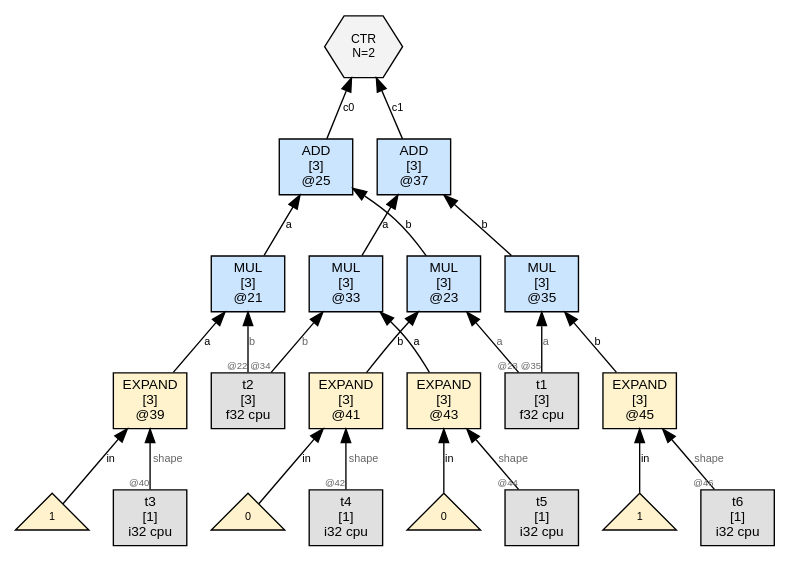
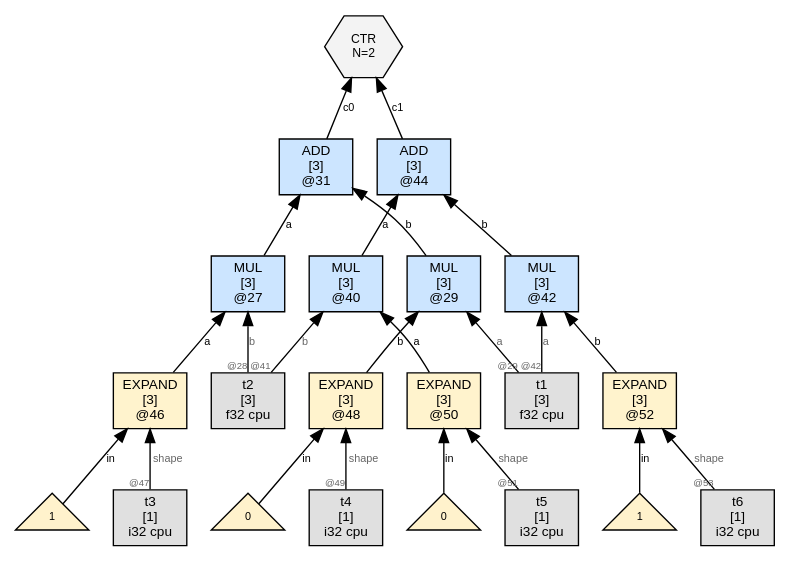
One commit to sw1sh/TinyHVM changed the diagram in wl/examples/thvm_graphs/grad_rules/bundle_multitarget/thvm_2_post_sweep.dot. Above: the diagram before and after it, drawn with Graphviz. The commit also changed 6 other files, not shown here.

```diff
--- a/wl/examples/thvm_graphs/grad_rules/bundle_multitarget/thvm_2_post_sweep.dot
+++ b/wl/examples/thvm_graphs/grad_rules/bundle_multitarget/thvm_2_post_sweep.dot
@@ -1,49 +1,49 @@
 digraph G {
   rankdir=BT;
   node [fontname="Helvetica", fontsize=10, style=filled, shape=box, margin="0.1,0.05"];
   edge [fontsize=8, fontname="Helvetica"];
 
-  n25 [label="ADD\n[3]\n@25", shape=box, fillcolor="#cce5ff"];
-  n21 -> n25 [label="a"];
-  n23 -> n25 [label="b"];
-  n37 [label="ADD\n[3]\n@37", shape=box, fillcolor="#cce5ff"];
-  n33 -> n37 [label="a"];
-  n35 -> n37 [label="b"];
-  ctr12 [label="CTR\nN=2", shape=hexagon, fillcolor="#f3f3f3", fontsize=9];
-  n25 -> ctr12 [label="c0"];
-  n37 -> ctr12 [label="c1"];
-  n39 [label="EXPAND\n[3]\n@39", shape=box, fillcolor="#fff3cd"];
-  num39_0 [label="1",shape=triangle,fillcolor="#fff2cc",fontsize=8];
-  num39_0 -> n39 [label="in"];
+  n31 [label="ADD\n[3]\n@31", shape=box, fillcolor="#cce5ff"];
+  n27 -> n31 [label="a"];
+  n29 -> n31 [label="b"];
+  n44 [label="ADD\n[3]\n@44", shape=box, fillcolor="#cce5ff"];
+  n40 -> n44 [label="a"];
+  n42 -> n44 [label="b"];
+  ctr10 [label="CTR\nN=2", shape=hexagon, fillcolor="#f3f3f3", fontsize=9];
+  n31 -> ctr10 [label="c0"];
+  n44 -> ctr10 [label="c1"];
+  n46 [label="EXPAND\n[3]\n@46", shape=box, fillcolor="#fff3cd"];
+  num46_0 [label="1",shape=triangle,fillcolor="#fff2cc",fontsize=8];
+  num46_0 -> n46 [label="in"];
   t3 [label="t3\n[1]\ni32 cpu",shape=box,fillcolor="#e0e0e0"];
-  t3 -> n39 [label="shape",taillabel="@40",labelfontsize=7,fontcolor="#666666"];
-  n41 [label="EXPAND\n[3]\n@41", shape=box, fillcolor="#fff3cd"];
-  num41_0 [label="0",shape=triangle,fillcolor="#fff2cc",fontsize=8];
-  num41_0 -> n41 [label="in"];
+  t3 -> n46 [label="shape",taillabel="@47",labelfontsize=7,fontcolor="#666666"];
+  n48 [label="EXPAND\n[3]\n@48", shape=box, fillcolor="#fff3cd"];
+  num48_0 [label="0",shape=triangle,fillcolor="#fff2cc",fontsize=8];
+  num48_0 -> n48 [label="in"];
   t4 [label="t4\n[1]\ni32 cpu",shape=box,fillcolor="#e0e0e0"];
-  t4 -> n41 [label="shape",taillabel="@42",labelfontsize=7,fontcolor="#666666"];
-  n21 [label="MUL\n[3]\n@21", shape=box, fillcolor="#cce5ff"];
-  n39 -> n21 [label="a"];
+  t4 -> n48 [label="shape",taillabel="@49",labelfontsize=7,fontcolor="#666666"];
+  n27 [label="MUL\n[3]\n@27", shape=box, fillcolor="#cce5ff"];
+  n46 -> n27 [label="a"];
   t2 [label="t2\n[3]\nf32 cpu",shape=box,fillcolor="#e0e0e0"];
-  t2 -> n21 [label="b",taillabel="@22",labelfontsize=7,fontcolor="#666666"];
-  n23 [label="MUL\n[3]\n@23", shape=box, fillcolor="#cce5ff"];
+  t2 -> n27 [label="b",taillabel="@28",labelfontsize=7,fontcolor="#666666"];
+  n29 [label="MUL\n[3]\n@29", shape=box, fillcolor="#cce5ff"];
   t1 [label="t1\n[3]\nf32 cpu",shape=box,fillcolor="#e0e0e0"];
-  t1 -> n23 [label="a",taillabel="@23",labelfontsize=7,fontcolor="#666666"];
-  n41 -> n23 [label="b"];
-  n43 [label="EXPAND\n[3]\n@43", shape=box, fillcolor="#fff3cd"];
-  num43_0 [label="0",shape=triangle,fillcolor="#fff2cc",fontsize=8];
-  num43_0 -> n43 [label="in"];
+  t1 -> n29 [label="a",taillabel="@29",labelfontsize=7,fontcolor="#666666"];
+  n48 -> n29 [label="b"];
+  n50 [label="EXPAND\n[3]\n@50", shape=box, fillcolor="#fff3cd"];
+  num50_0 [label="0",shape=triangle,fillcolor="#fff2cc",fontsize=8];
+  num50_0 -> n50 [label="in"];
   t5 [label="t5\n[1]\ni32 cpu",shape=box,fillcolor="#e0e0e0"];
-  t5 -> n43 [label="shape",taillabel="@44",labelfontsize=7,fontcolor="#666666"];
-  n45 [label="EXPAND\n[3]\n@45", shape=box, fillcolor="#fff3cd"];
-  num45_0 [label="1",shape=triangle,fillcolor="#fff2cc",fontsize=8];
-  num45_0 -> n45 [label="in"];
+  t5 -> n50 [label="shape",taillabel="@51",labelfontsize=7,fontcolor="#666666"];
+  n52 [label="EXPAND\n[3]\n@52", shape=box, fillcolor="#fff3cd"];
+  num52_0 [label="1",shape=triangle,fillcolor="#fff2cc",fontsize=8];
+  num52_0 -> n52 [label="in"];
   t6 [label="t6\n[1]\ni32 cpu",shape=box,fillcolor="#e0e0e0"];
-  t6 -> n45 [label="shape",taillabel="@46",labelfontsize=7,fontcolor="#666666"];
-  n33 [label="MUL\n[3]\n@33", shape=box, fillcolor="#cce5ff"];
-  n43 -> n33 [label="a"];
-  t2 -> n33 [label="b",taillabel="@34",labelfontsize=7,fontcolor="#666666"];
-  n35 [label="MUL\n[3]\n@35", shape=box, fillcolor="#cce5ff"];
-  t1 -> n35 [label="a",taillabel="@35",labelfontsize=7,fontcolor="#666666"];
-  n45 -> n35 [label="b"];
+  t6 -> n52 [label="shape",taillabel="@53",labelfontsize=7,fontcolor="#666666"];
+  n40 [label="MUL\n[3]\n@40", shape=box, fillcolor="#cce5ff"];
+  n50 -> n40 [label="a"];
+  t2 -> n40 [label="b",taillabel="@41",labelfontsize=7,fontcolor="#666666"];
+  n42 [label="MUL\n[3]\n@42", shape=box, fillcolor="#cce5ff"];
+  t1 -> n42 [label="a",taillabel="@42",labelfontsize=7,fontcolor="#666666"];
+  n52 -> n42 [label="b"];
 }
```
